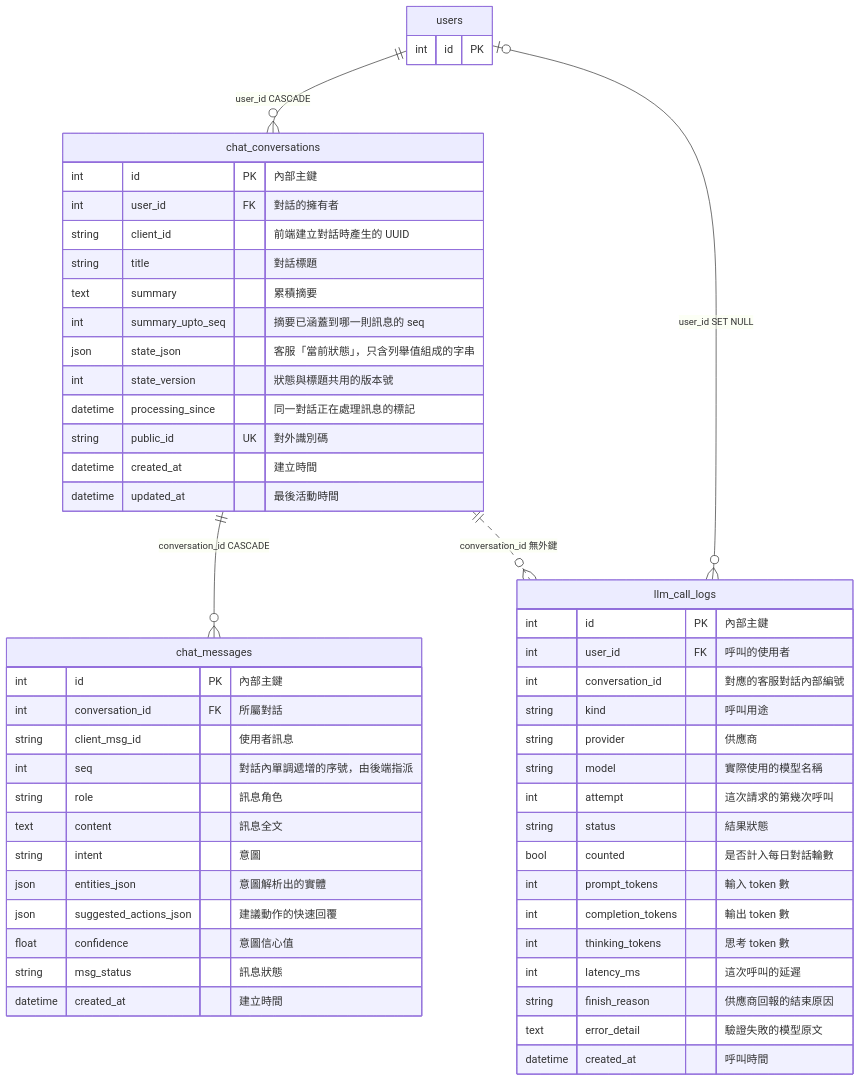
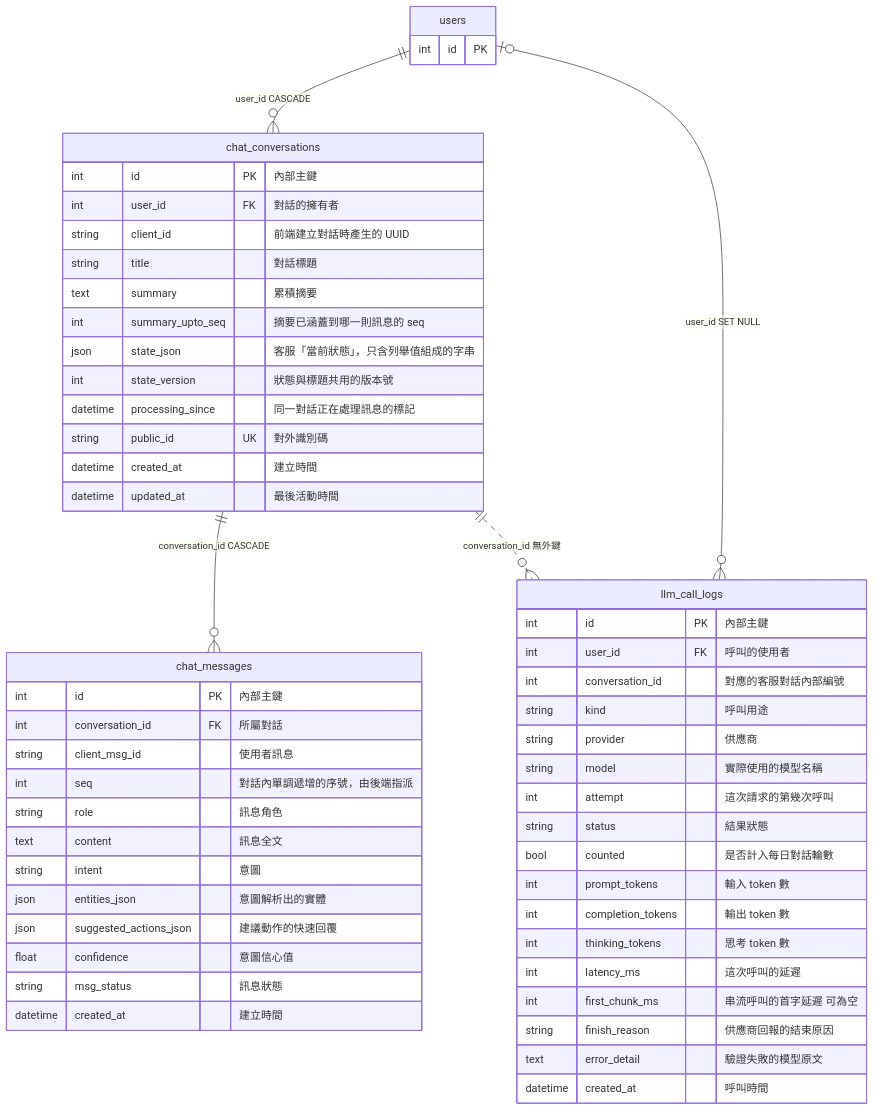
The fourth of 11 diagrams in docs/project資料結構文件.md (pp466pp466/R.A.C), drawn with Mermaid before and after one commit. The commit also changed other lines of this file and 29 other files, not shown here.

````diff
--- a/docs/project資料結構文件.md
+++ b/docs/project資料結構文件.md
@@ -269,57 +271,58 @@
 ```mermaid
 erDiagram
     users ||--o{ chat_conversations : "user_id CASCADE"
     chat_conversations ||--o{ chat_messages : "conversation_id CASCADE"
     users |o--o{ llm_call_logs : "user_id SET NULL"
     chat_conversations ||..o{ llm_call_logs : "conversation_id 無外鍵"
 
     chat_conversations {
         int id PK "內部主鍵"
         int user_id FK "對話的擁有者"
         string client_id "前端建立對話時產生的 UUID"
         string title "對話標題"
         text summary "累積摘要"
         int summary_upto_seq "摘要已涵蓋到哪一則訊息的 seq"
         json state_json "客服「當前狀態」，只含列舉值組成的字串"
         int state_version "狀態與標題共用的版本號"
         datetime processing_since "同一對話正在處理訊息的標記"
         string public_id UK "對外識別碼"
         datetime created_at "建立時間"
         datetime updated_at "最後活動時間"
     }
     chat_messages {
         int id PK "內部主鍵"
         int conversation_id FK "所屬對話"
         string client_msg_id "使用者訊息"
         int seq "對話內單調遞增的序號，由後端指派"
         string role "訊息角色"
         text content "訊息全文"
         string intent "意圖"
         json entities_json "意圖解析出的實體"
         json suggested_actions_json "建議動作的快速回覆"
         float confidence "意圖信心值"
         string msg_status "訊息狀態"
         datetime created_at "建立時間"
     }
     llm_call_logs {
         int id PK "內部主鍵"
         int user_id FK "呼叫的使用者"
         int conversation_id "對應的客服對話內部編號"
         string kind "呼叫用途"
         string provider "供應商"
         string model "實際使用的模型名稱"
         int attempt "這次請求的第幾次呼叫"
         string status "結果狀態"
         bool counted "是否計入每日對話輪數"
         int prompt_tokens "輸入 token 數"
         int completion_tokens "輸出 token 數"
         int thinking_tokens "思考 token 數"
         int latency_ms "這次呼叫的延遲"
+        int first_chunk_ms "串流呼叫的首字延遲 可為空"
         string finish_reason "供應商回報的結束原因"
         text error_detail "驗證失敗的模型原文"
         datetime created_at "呼叫時間"
     }
     users {
         int id PK
     }
 ```
````
